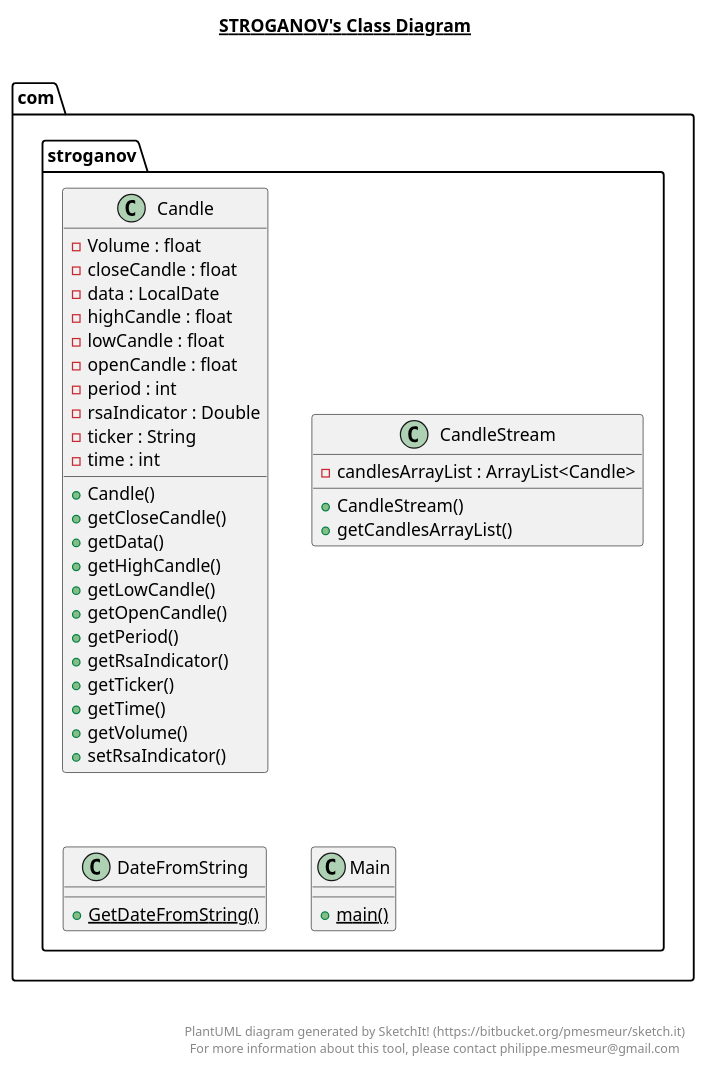
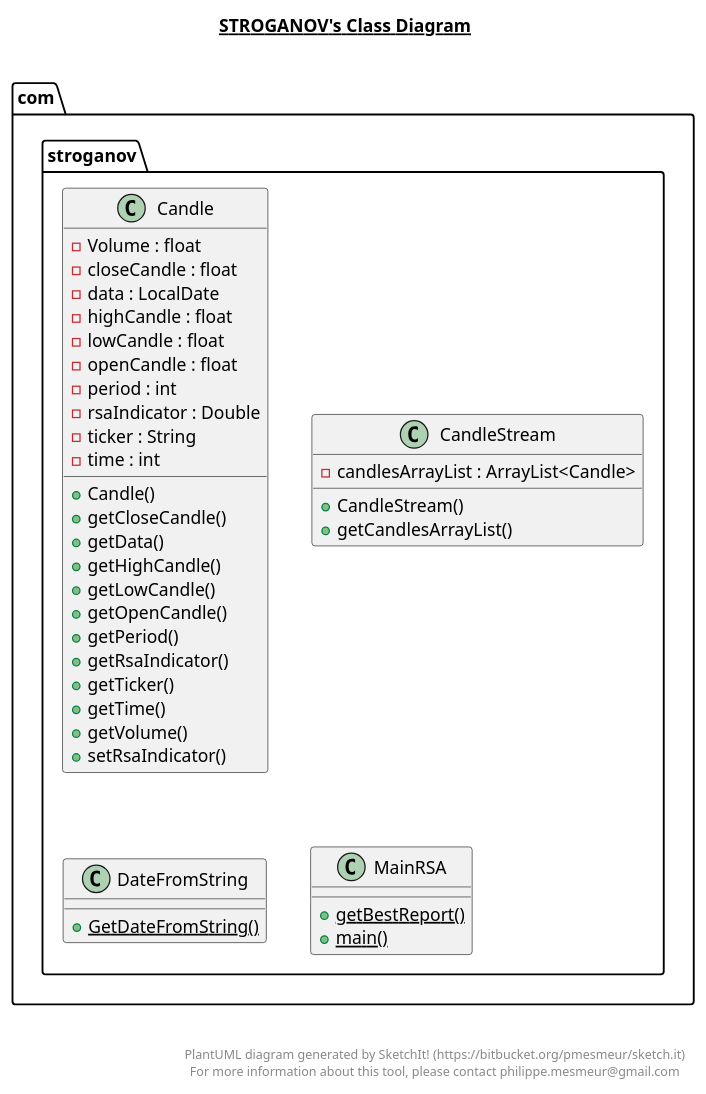
Before and after one commit to SergeyStroganoff/TradeRobot: the diagram in src/main/java/com/stroganov/stroganov.plantuml, drawn with PlantUML. The commit also changed 23 other files, not shown here.

```diff
--- a/src/main/java/com/stroganov/stroganov.plantuml
+++ b/src/main/java/com/stroganov/stroganov.plantuml
@@ -1,65 +1,66 @@
 @startuml
 
 title __STROGANOV's Class Diagram__\n
 
   namespace com.stroganov {
     class com.stroganov.Candle {
         - Volume : float
         - closeCandle : float
         - data : LocalDate
         - highCandle : float
         - lowCandle : float
         - openCandle : float
         - period : int
         - rsaIndicator : Double
         - ticker : String
         - time : int
         + Candle()
         + getCloseCandle()
         + getData()
         + getHighCandle()
         + getLowCandle()
         + getOpenCandle()
         + getPeriod()
         + getRsaIndicator()
         + getTicker()
         + getTime()
         + getVolume()
         + setRsaIndicator()
     }
   }
   
 
   namespace com.stroganov {
     class com.stroganov.CandleStream {
         - candlesArrayList : ArrayList<Candle>
         + CandleStream()
         + getCandlesArrayList()
     }
   }
   
 
   namespace com.stroganov {
     class com.stroganov.DateFromString {
         {static} + GetDateFromString()
     }
   }
   
 
   namespace com.stroganov {
-    class com.stroganov.Main {
+    class com.stroganov.MainRSA {
+        {static} + getBestReport()
         {static} + main()
     }
   }
   
 
 
 
 right footer
 
 
 PlantUML diagram generated by SketchIt! (https://bitbucket.org/pmesmeur/sketch.it)
 For more information about this tool, please contact philippe.mesmeur@gmail.com
 endfooter
 
 @enduml
```
